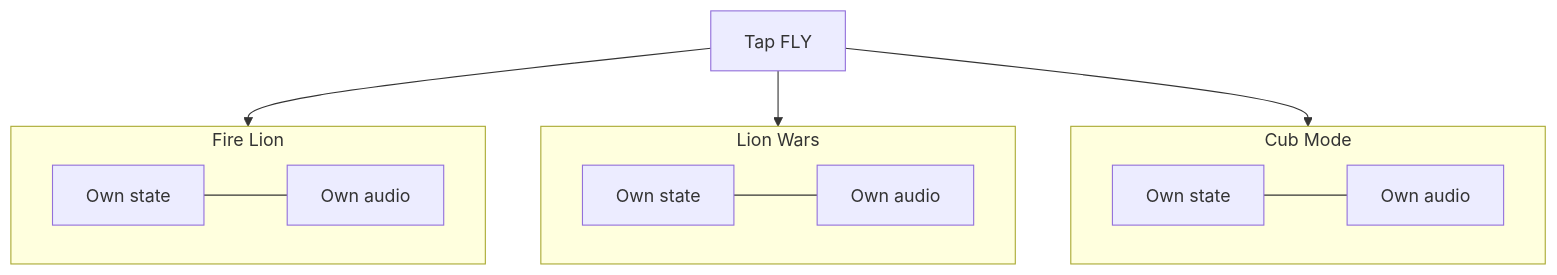
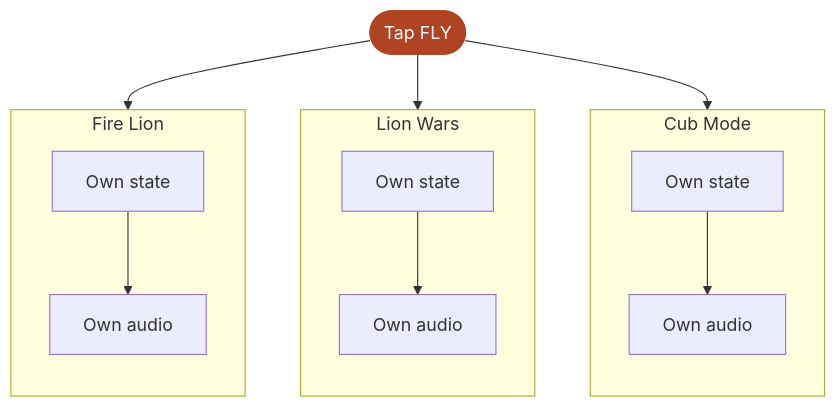
The diagram in docs/diagrams/fire-lion/three-modes.mmd (hbarsky00/barsky-design-canvas), drawn with Mermaid before and after one commit. The commit also changed 53 other files, not shown here.

First line of the commit message:
Redraw every diagram so they read at 1:1 and stop looking like one template

```diff
--- a/docs/diagrams/fire-lion/three-modes.mmd
+++ b/docs/diagrams/fire-lion/three-modes.mmd
@@ -1,14 +1,22 @@
 flowchart TB
-  t[Tap FLY]
+  classDef old fill:#F1EEE9,stroke:#DED7CF,color:#3F4550,stroke-dasharray:4 3
+  classDef gate fill:#B04321,stroke:#B04321,color:#FFFFFF
+  classDef out fill:#FBFAF8,stroke:#DED7CF,color:#3F4550,stroke-dasharray:4 3
+  classDef ai fill:#FFFFFF,stroke:#3F4550,color:#231E1A
+  t([Tap FLY])
   subgraph F[Fire Lion]
-    f1[Own state] --- f2[Own audio]
+    direction TB
+    f1[Own state] --> f2[Own audio]
   end
   subgraph L[Lion Wars]
-    l1[Own state] --- l2[Own audio]
+    direction TB
+    l1[Own state] --> l2[Own audio]
   end
-  subgraph C[Cub Mode]
-    c1[Own state] --- c2[Own audio]
+  subgraph K[Cub Mode]
+    direction TB
+    c1[Own state] --> c2[Own audio]
   end
   t --> F
   t --> L
-  t --> C
+  t --> K
+  class t gate
```
